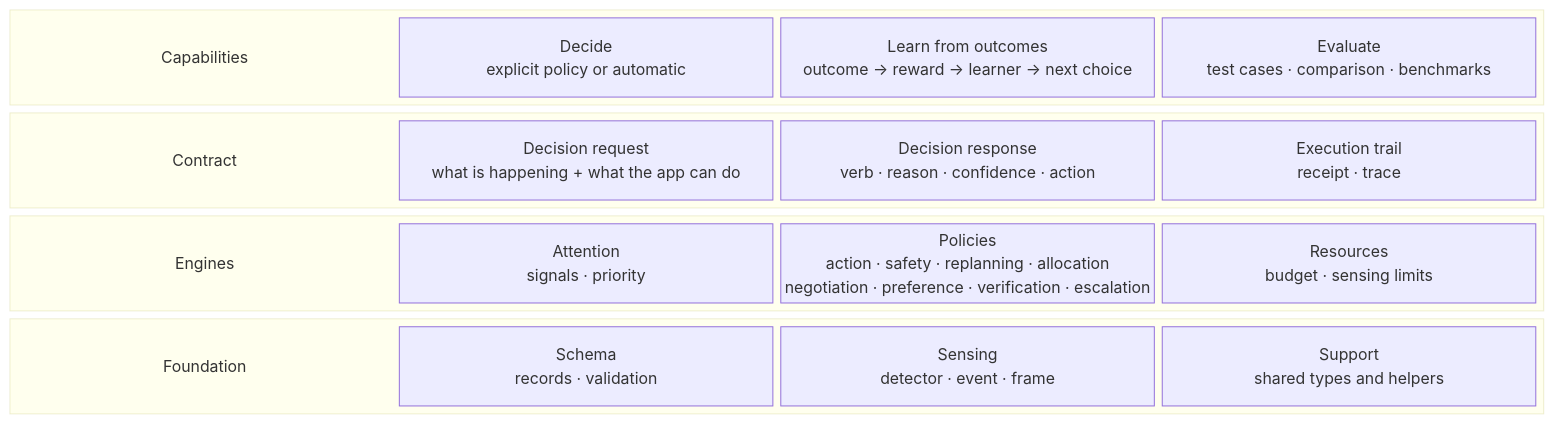
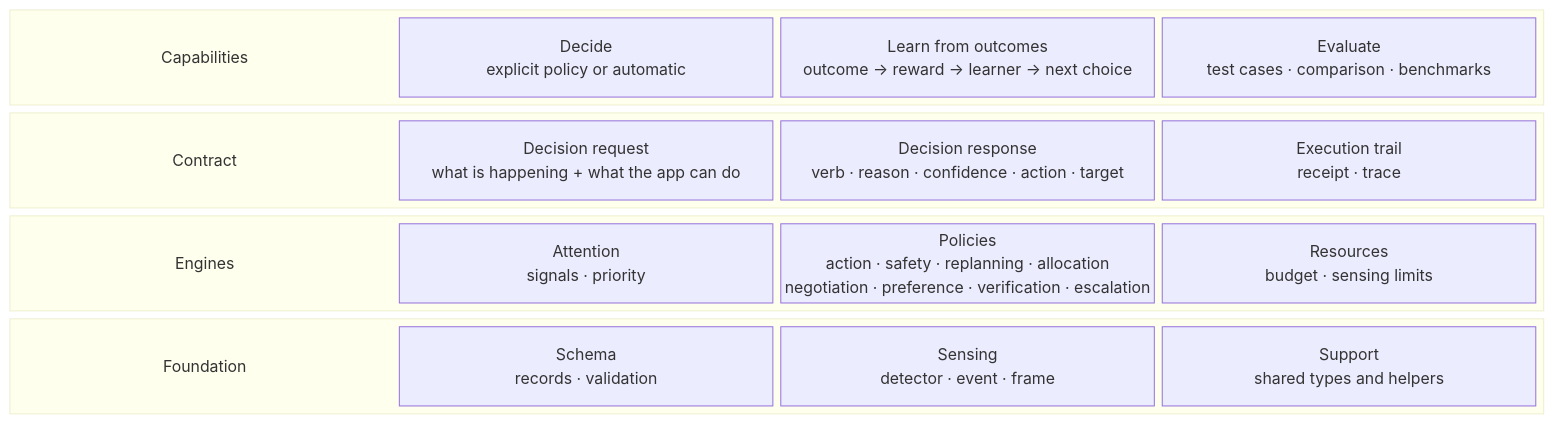
One commit to michaelatamuk/laix changed the diagram in docs/core/00-core-architecture.md. Above: the diagram before and after it, drawn with Mermaid. The commit also changed other lines of this file, not shown here.

Commit message:
docs: reflect engine and target policies in the core map

````diff
--- a/docs/core/00-core-architecture.md
+++ b/docs/core/00-core-architecture.md
@@ -5,41 +5,41 @@
 ```mermaid
 block-beta
     columns 1
 
     block:capabilities
         columns 4
         capabilities_label["Capabilities"]
         decide["Decide<br/>explicit policy or automatic"]
         learn["Learn from outcomes<br/>outcome → reward → learner → next choice"]
         evaluate["Evaluate<br/>test cases · comparison · benchmarks"]
     end
 
     block:contract
         columns 4
         contract_label["Contract"]
         request["Decision request<br/>what is happening + what the app can do"]
-        response["Decision response<br/>verb · reason · confidence · action"]
+        response["Decision response<br/>verb · reason · confidence · action · target"]
         trail["Execution trail<br/>receipt · trace"]
     end
 
     block:engines
         columns 4
         engines_label["Engines"]
         attention["Attention<br/>signals · priority"]
         policies["Policies<br/>action · safety · replanning · allocation<br/>negotiation · preference · verification · escalation"]
         resources["Resources<br/>budget · sensing limits"]
     end
 
     block:foundation
         columns 4
         foundation_label["Foundation"]
         schema["Schema<br/>records · validation"]
         sensing["Sensing<br/>detector · event · frame"]
         support["Support<br/>shared types and helpers"]
     end
 
     style capabilities_label fill:transparent,stroke:transparent,font-size:22px,font-weight:bold
     style contract_label fill:transparent,stroke:transparent,font-size:14px,font-weight:bold
     style engines_label fill:transparent,stroke:transparent,font-weight:bold
     style foundation_label fill:transparent,stroke:transparent,font-weight:bold
 ```
````
